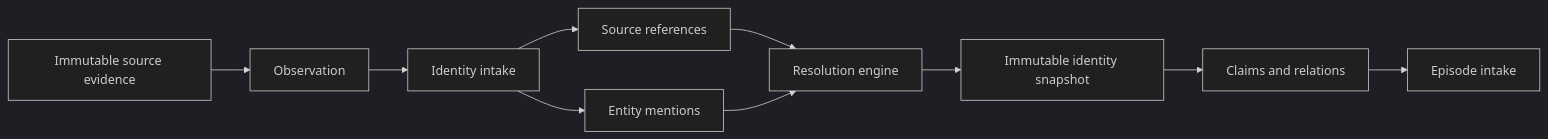
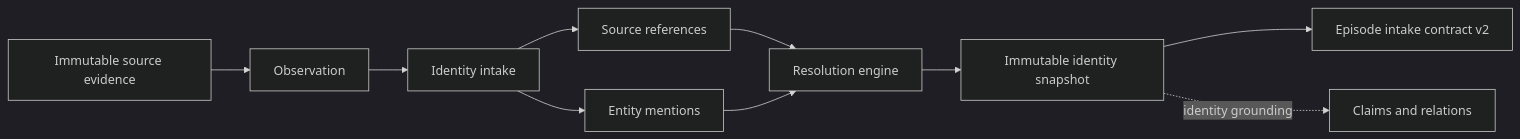
One commit to Fyralisinc/fyraliscore changed the first of 4 diagrams in docs/architecture/entity-resolution-subsystem.md. Above: the diagram before and after it, drawn with Mermaid (dark theme). The commit also changed other lines of this file and 22 other files, not shown here.

````diff
--- a/docs/architecture/entity-resolution-subsystem.md
+++ b/docs/architecture/entity-resolution-subsystem.md
@@ -11,12 +11,12 @@
 ```mermaid
 flowchart LR
     E[Immutable source evidence] --> O[Observation]
     O --> I[Identity intake]
     I --> SR[Source references]
     I --> M[Entity mentions]
     SR --> R[Resolution engine]
     M --> R
     R --> S[Immutable identity snapshot]
-    S --> K[Claims and relations]
-    K --> EP[Episode intake]
+    S --> EP[Episode intake contract v2]
+    S -. identity grounding .-> K[Claims and relations]
 ```
````
